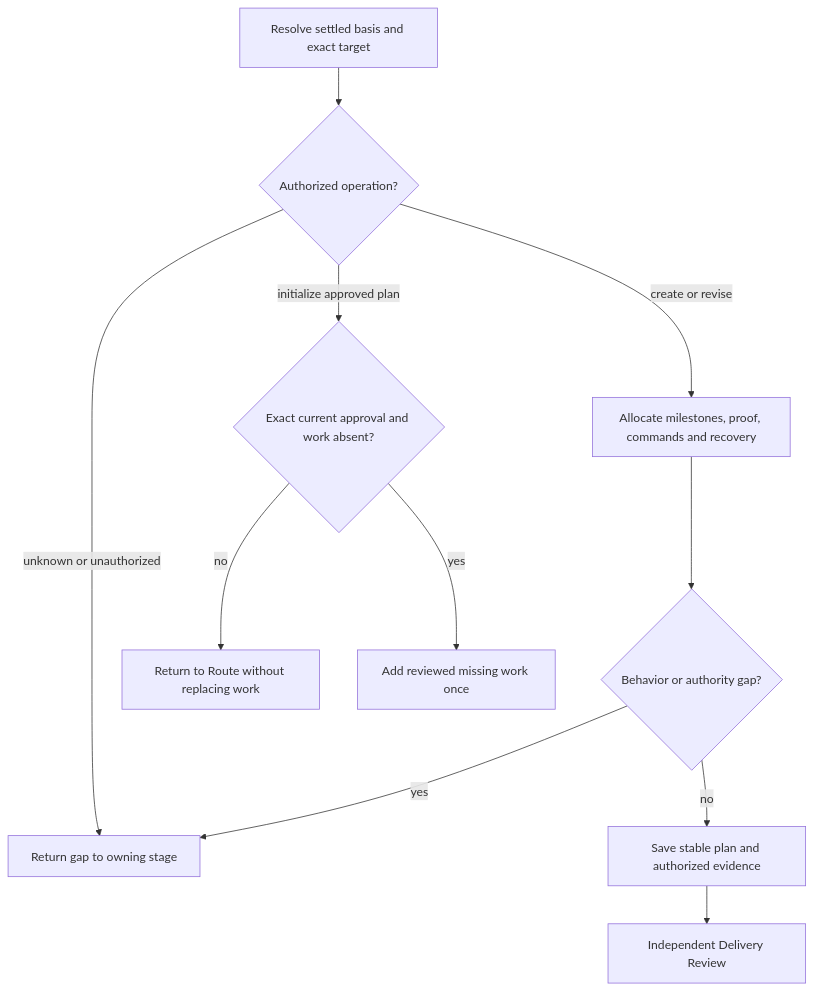
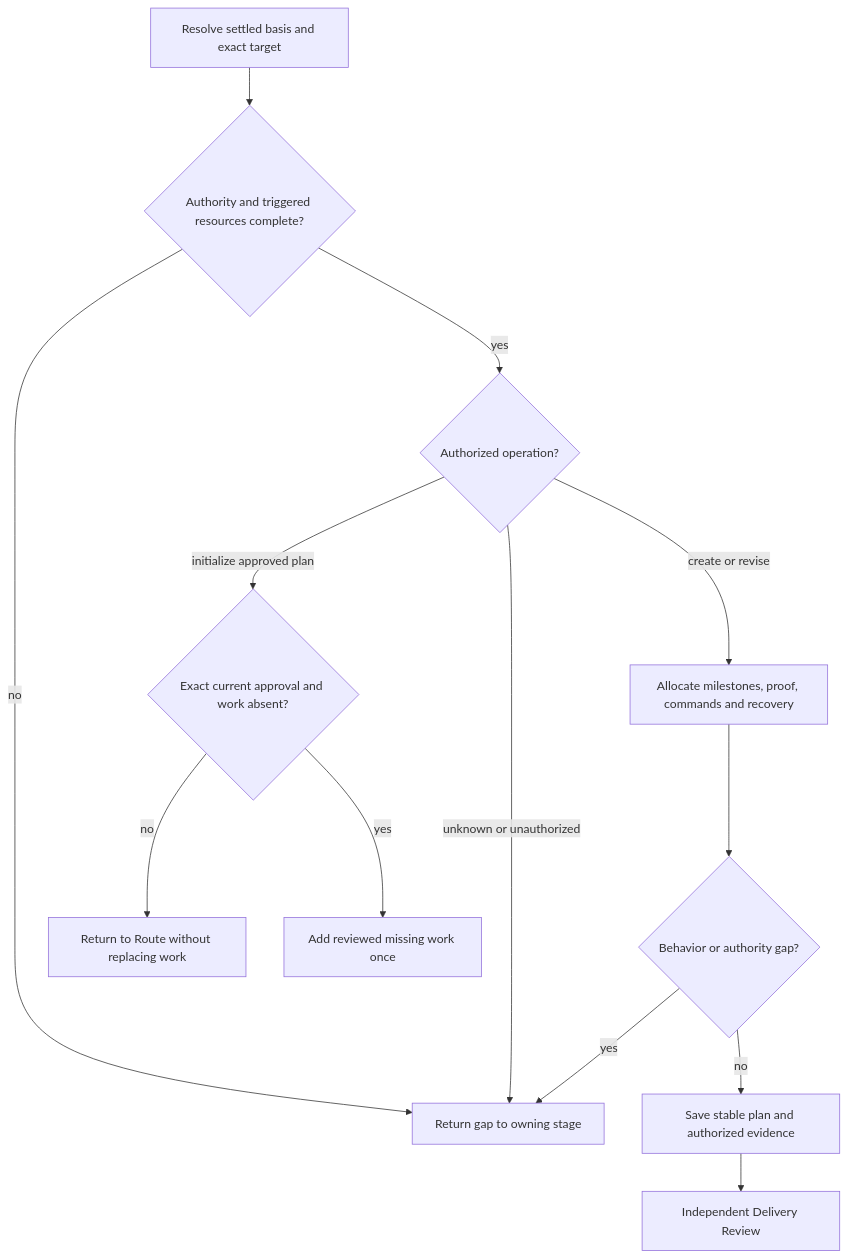
One commit to xiongxianfei/rigorloop changed the third of 3 diagrams in docs/design/skill/authoring/plan.md. Above: the diagram before and after it, drawn with Mermaid. The commit also changed other lines of this file and 4 other files, not shown here.

````diff
--- a/docs/design/skill/authoring/plan.md
+++ b/docs/design/skill/authoring/plan.md
@@ -84,13 +124,15 @@
 ```mermaid
 flowchart TB
-    Input["Resolve settled basis and exact target"] --> Action{"Authorized operation?"}
+    Input["Resolve settled basis and exact target"] --> Resources{"Authority and triggered resources complete?"}
+    Resources -->|"no"| Owner
+    Resources -->|"yes"| Action{"Authorized operation?"}
     Action -->|"unknown or unauthorized"| Owner
     Action -->|"create or revise"| Allocate["Allocate milestones, proof, commands and recovery"]
     Allocate --> Gap{"Behavior or authority gap?"}
     Gap -->|"yes"| Owner["Return gap to owning stage"]
     Gap -->|"no"| Save["Save stable plan and authorized evidence"]
     Save --> Review["Independent Delivery Review"]
     Action -->|"initialize approved plan"| Current{"Exact current approval and work absent?"}
     Current -->|"no"| Route["Return to Route without replacing work"]
     Current -->|"yes"| Init["Add reviewed missing work once"]
 ```
````
